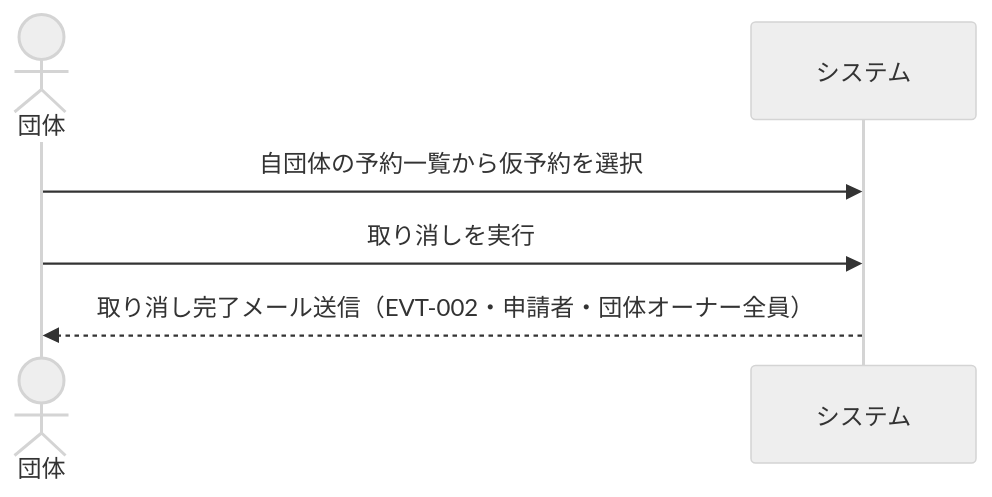
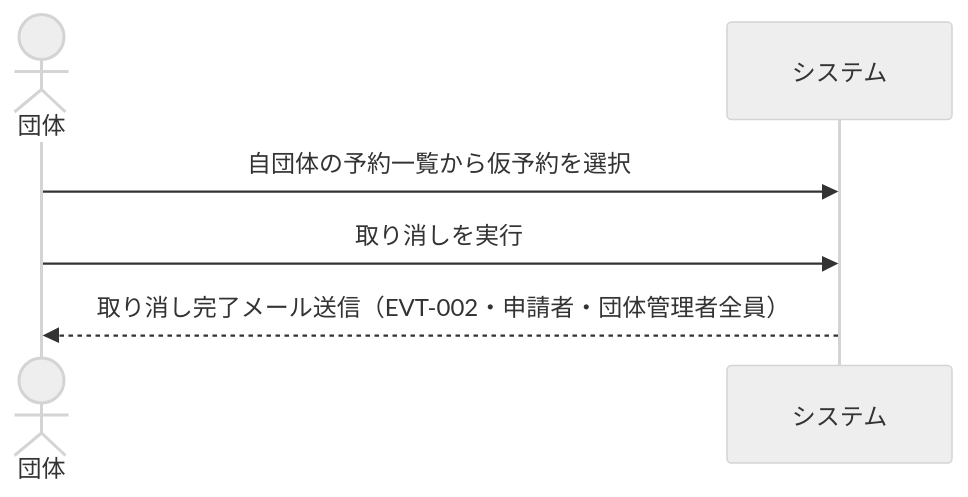
One commit to gdsc-osaka/iclub-reserve changed the fourth of 8 diagrams in rdra/contexts/reservation-application.md. Above: the diagram before and after it, drawn with Mermaid (neutral theme). The commit also changed other lines of this file and 10 other files, not shown here.

````diff
--- a/rdra/contexts/reservation-application.md
+++ b/rdra/contexts/reservation-application.md
@@ -214,9 +242,9 @@
 ```mermaid
 sequenceDiagram
     actor 団体
     participant システム
 
     団体->>システム: 自団体の予約一覧から仮予約を選択
     団体->>システム: 取り消しを実行
-    システム-->>団体: 取り消し完了メール送信（EVT-002・申請者・団体オーナー全員）
+    システム-->>団体: 取り消し完了メール送信（EVT-002・申請者・団体管理者全員）
 ```
````
